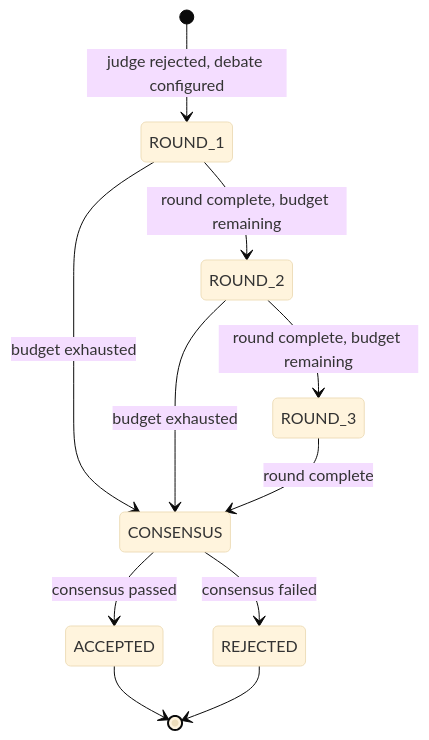
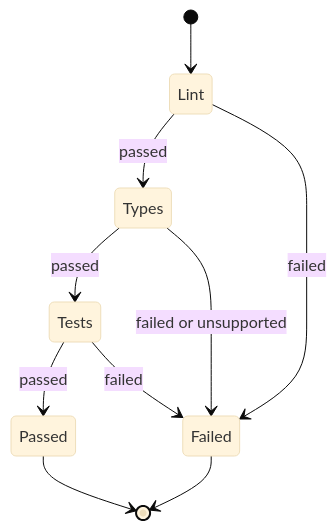
The fourth of 6 diagrams in docs/references/state-machines.md (Hemanthdamineni/foundry), drawn with Mermaid (base theme) before and after one commit. The commit also changed other lines of this file and 2096 other files, not shown here.

````diff
--- a/docs/references/state-machines.md
+++ b/docs/references/state-machines.md
@@ -110,13 +77,12 @@
 ```mermaid
 stateDiagram-v2
-    [*] --> ROUND_1 : judge rejected, debate configured
-    ROUND_1 --> ROUND_2 : round complete, budget remaining
-    ROUND_1 --> CONSENSUS : budget exhausted
-    ROUND_2 --> ROUND_3 : round complete, budget remaining
-    ROUND_2 --> CONSENSUS : budget exhausted
-    ROUND_3 --> CONSENSUS : round complete
-    CONSENSUS --> ACCEPTED : consensus passed
-    CONSENSUS --> REJECTED : consensus failed
-    ACCEPTED --> [*]
-    REJECTED --> [*]
+    [*] --> Lint
+    Lint --> Types : passed
+    Lint --> Failed : failed
+    Types --> Tests : passed
+    Types --> Failed : failed or unsupported
+    Tests --> Passed : passed
+    Tests --> Failed : failed
+    Passed --> [*]
+    Failed --> [*]
 ```
````
